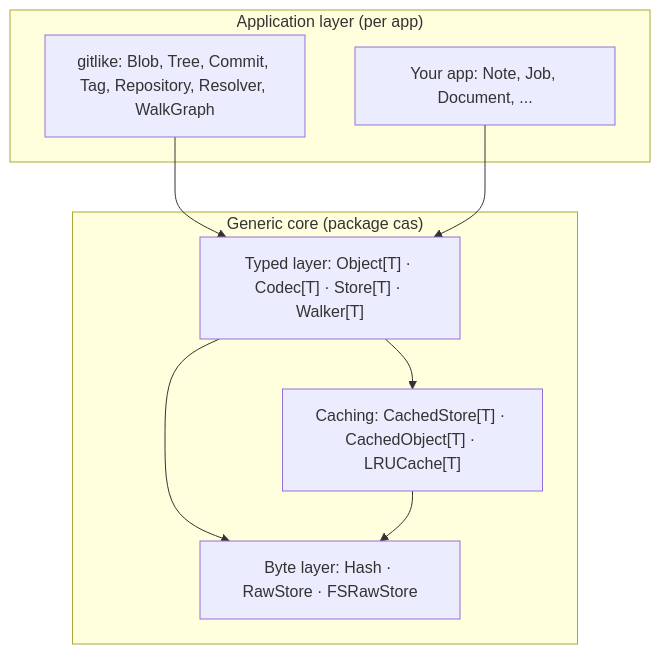
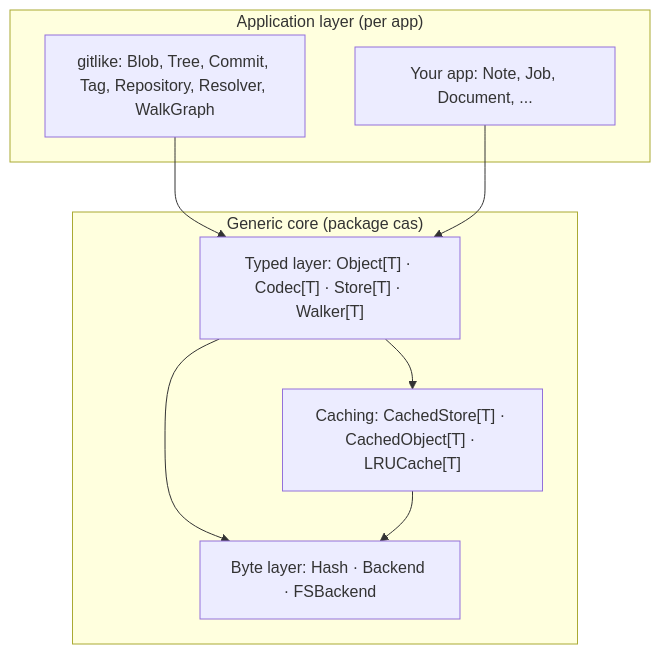
The diagram in AGENTS.md (dmundt/go-cask), drawn with Mermaid before and after one commit. The commit also changed other lines of this file and 45 other files, not shown here.

First line of the commit message:
refactor(cas): rename RawStore interface to Backend

````diff
--- a/AGENTS.md
+++ b/AGENTS.md
@@ -183,17 +183,17 @@
 ```mermaid
 flowchart TB
     subgraph APP["Application layer (per app)"]
         APP1["gitlike: Blob, Tree, Commit, Tag, Repository, Resolver, WalkGraph"]
         APP2["Your app: Note, Job, Document, ..."]
     end
     subgraph CORE["Generic core (package cas)"]
         TYPED["Typed layer: Object[T] · Codec[T] · Store[T] · Walker[T]"]
         CACHE["Caching: CachedStore[T] · CachedObject[T] · LRUCache[T]"]
-        BYTE["Byte layer: Hash · RawStore · FSRawStore"]
+        BYTE["Byte layer: Hash · Backend · FSBackend"]
     end
     APP1 --> TYPED
     APP2 --> TYPED
     TYPED --> CACHE
     TYPED --> BYTE
     CACHE --> BYTE
 ```
````
